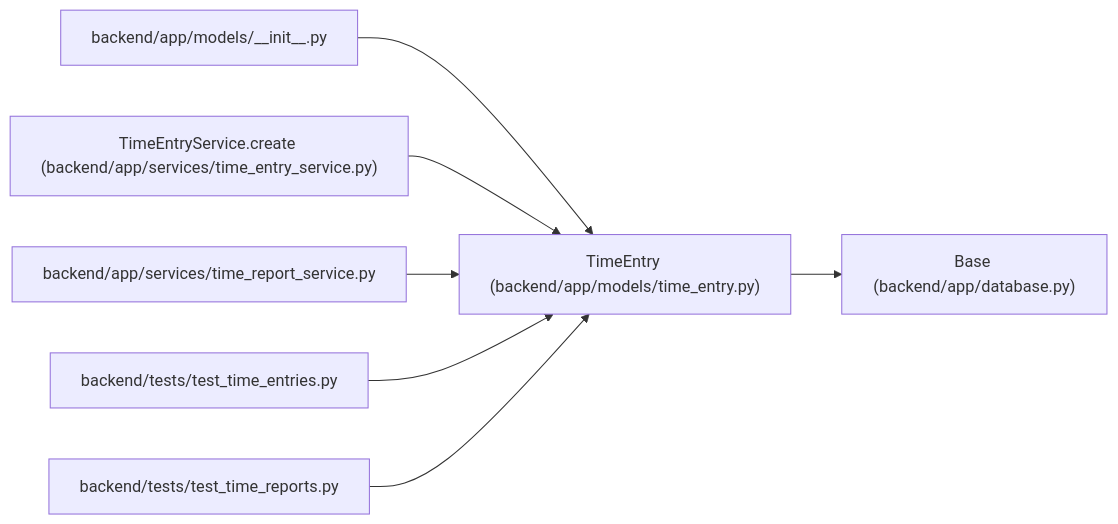
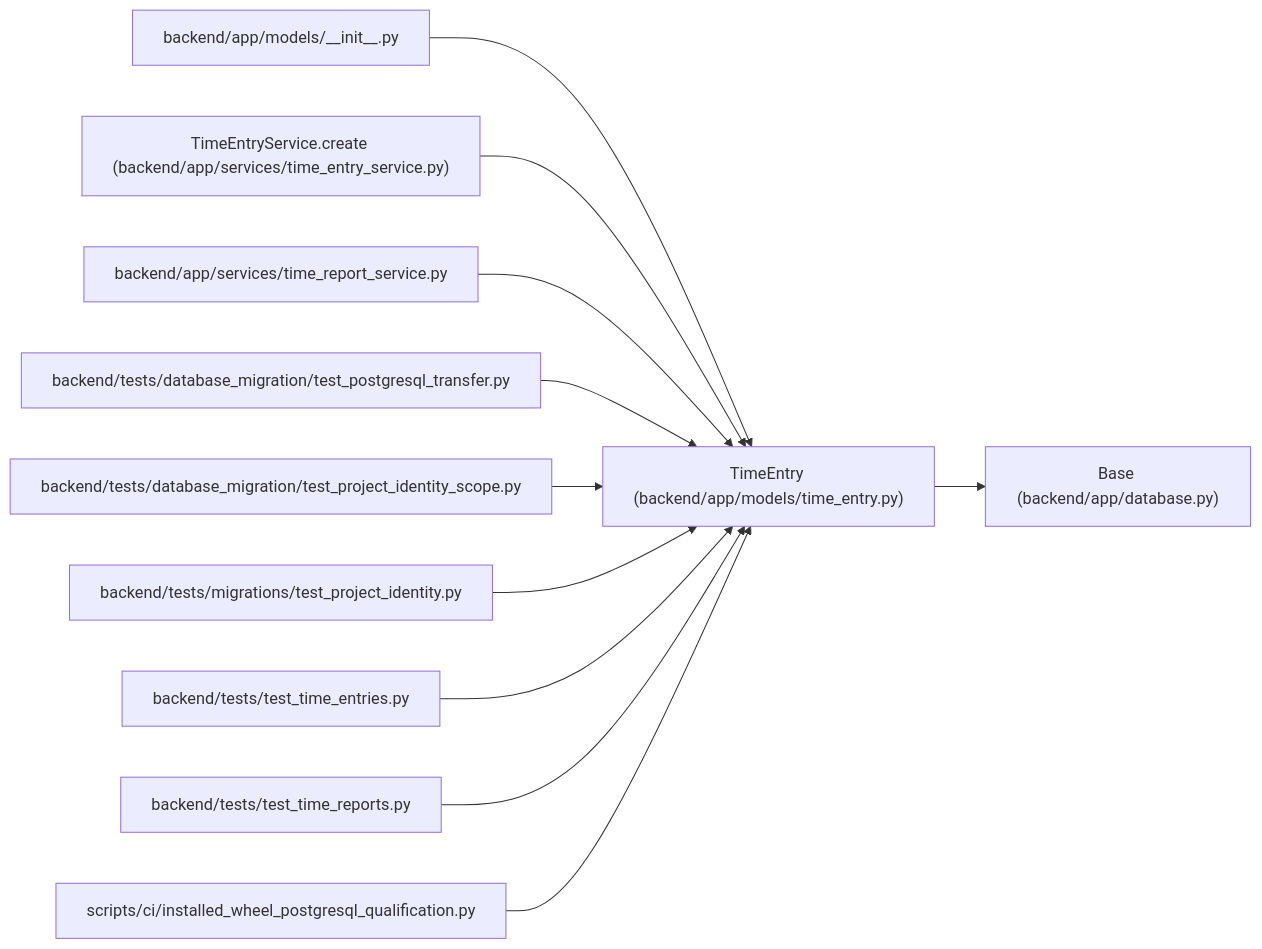
Before and after one commit to Denissvgn/WorkChord: the diagram in docs/llm_wiki/entities/models_time_entry_TimeEntry.md, drawn with Mermaid. The commit also changed other lines of this file and 10148 other files, not shown here.

````diff
--- a/docs/llm_wiki/entities/models_time_entry_TimeEntry.md
+++ b/docs/llm_wiki/entities/models_time_entry_TimeEntry.md
@@ -39,23 +39,35 @@
 ```mermaid
 flowchart LR
     n0["TimeEntry (backend/app/models/time_entry.py)"]
     n1["Base (backend/app/database.py)"]
     n2["backend/app/models/__init__.py"]
     n3["TimeEntryService.create (backend/app/services/time_entry_service.py)"]
     n4["backend/app/services/time_report_service.py"]
-    n5["backend/tests/test_time_entries.py"]
-    n6["backend/tests/test_time_reports.py"]
+    n5["backend/tests/database_migration/test_postgresql_transfer.py"]
+    n6["backend/tests/database_migration/test_project_identity_scope.py"]
+    n7["backend/tests/migrations/test_project_identity.py"]
+    n8["backend/tests/test_time_entries.py"]
+    n9["backend/tests/test_time_reports.py"]
+    n10["scripts/ci/installed_wheel_postgresql_qualification.py"]
     n0 --> n1
     n2 --> n0
     n3 --> n0
     n4 --> n0
     n5 --> n0
     n6 --> n0
+    n7 --> n0
+    n8 --> n0
+    n9 --> n0
+    n10 --> n0
     click n0 "../modules/models_time_entry.md"
     click n1 "../modules/app_database.md"
     click n2 "../modules/models___init__.md"
     click n3 "../modules/time_entry_service.md"
     click n4 "../modules/time_report_service.md"
-    click n5 "../modules/test_time_entries.md"
-    click n6 "../modules/test_time_reports.md"
+    click n5 "../modules/test_postgresql_transfer.md"
+    click n6 "../modules/test_project_identity_scope.md"
+    click n7 "../modules/test_project_identity.md"
+    click n8 "../modules/test_time_entries.md"
+    click n9 "../modules/test_time_reports.md"
+    click n10 "../modules/installed_wheel_postgresql_qualification.md"
 ```
````
